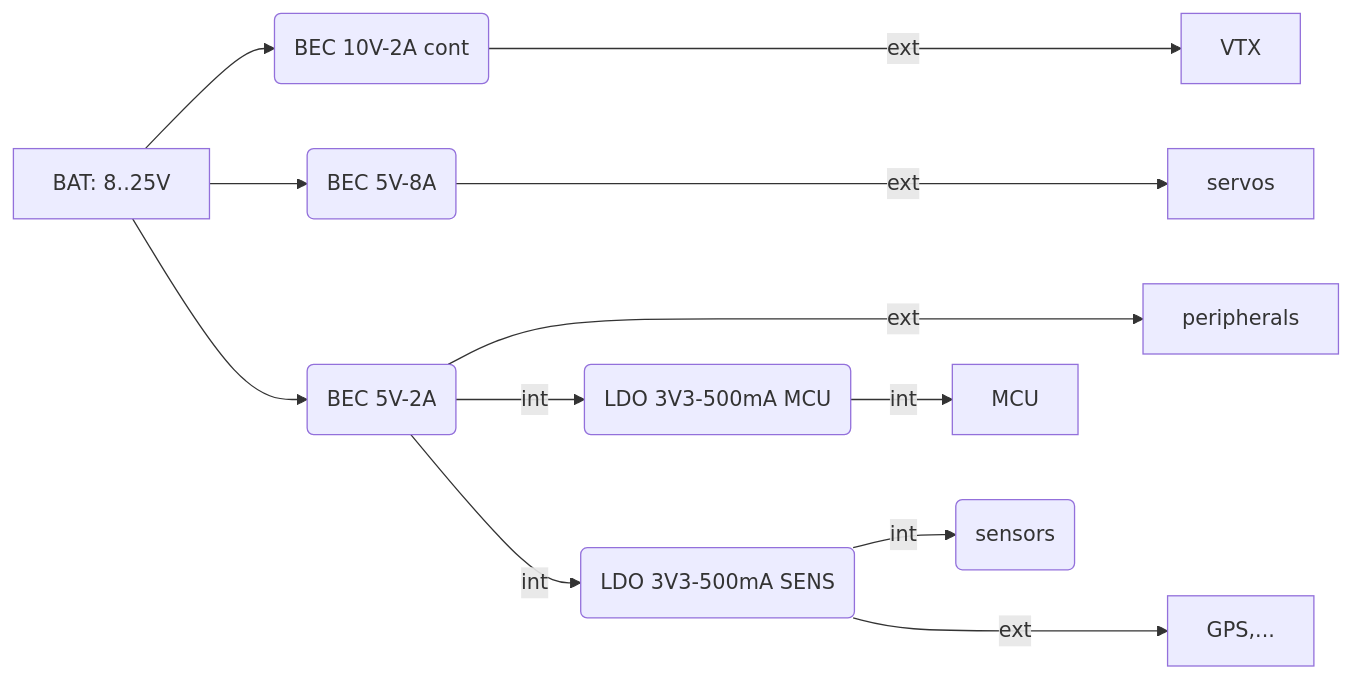
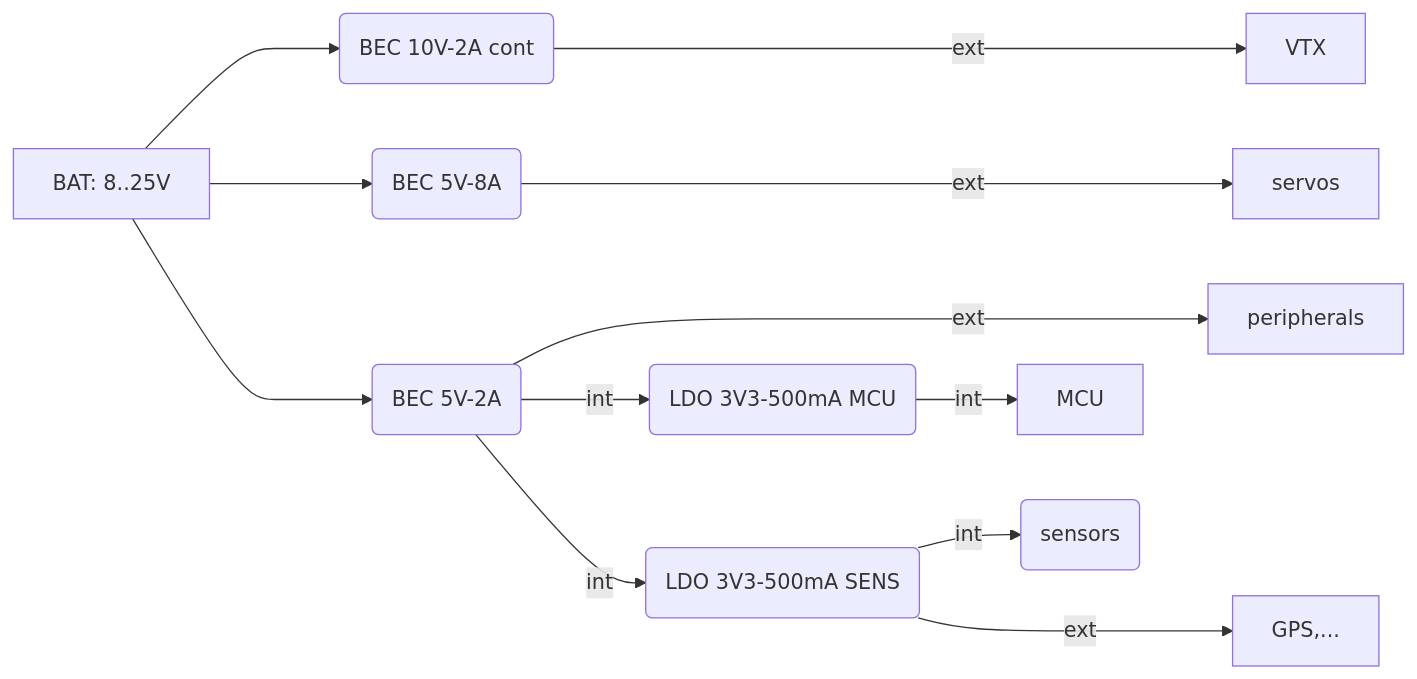
Before and after one commit to MomoRC-tech/MoGliFC-Flight-Controller: the diagram in README.md, drawn with Mermaid.

````diff
--- a/README.md
+++ b/README.md
@@ -50,15 +50,15 @@
 ```mermaid
 flowchart LR
-    A[BAT: 8..25V] --> B(BEC 10V-2A cont)
+    A[BAT: 8..25V] ---> B(BEC 10V-2A cont)
     B ---->|ext| C[VTX]
-    A --> H(BEC 5V-8A)
-    A --> D(BEC 5V-2A)
+    A ---> H(BEC 5V-8A)
+    A ---> D(BEC 5V-2A)
     H ----> |ext| I[servos]
     D ----> |ext| E[peripherals]
     D --> |int| F(LDO 3V3-500mA MCU)  
     F --> |int| J[MCU]
     D --> |int| G(LDO 3V3-500mA SENS)
     G --> |int| K(sensors)
     G ---> |ext| L[GPS,...]
 
 ```
````
